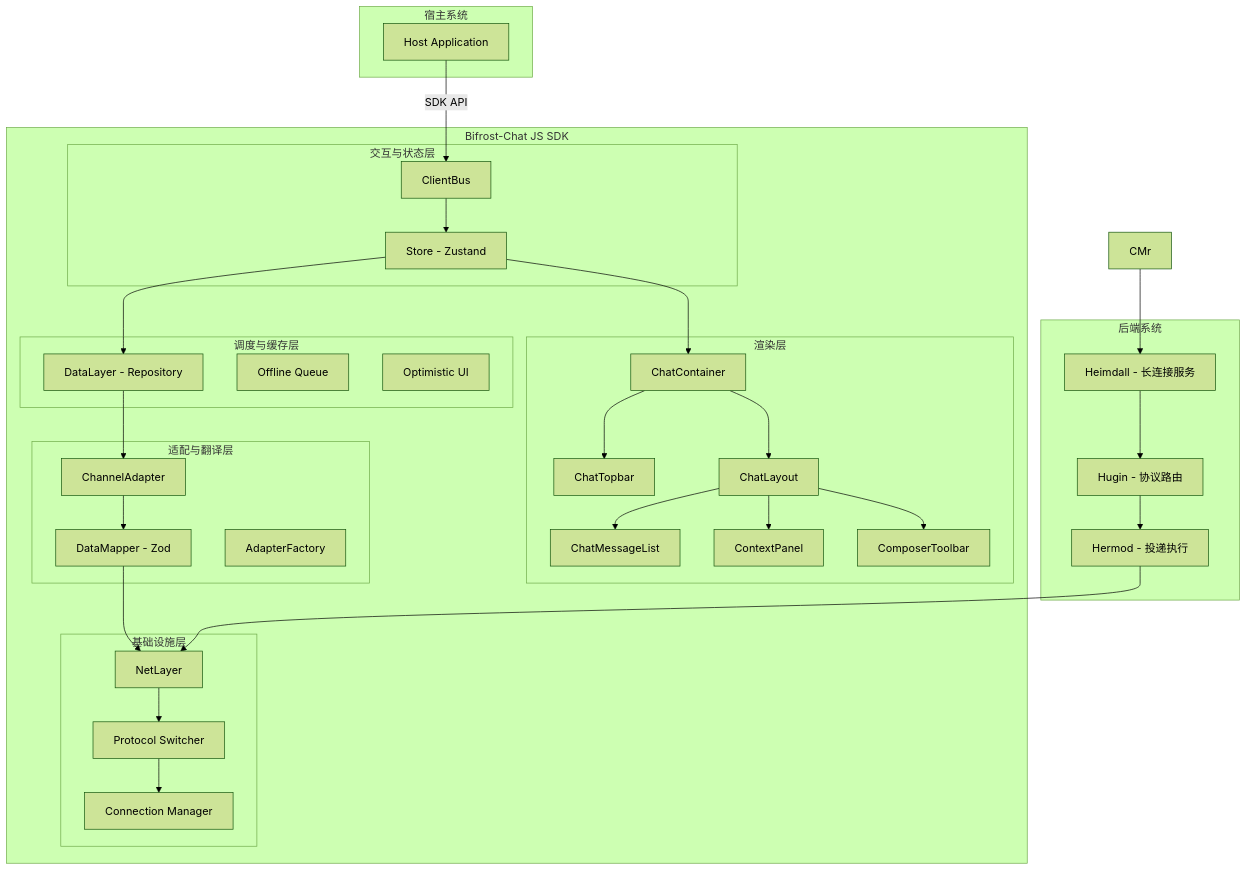
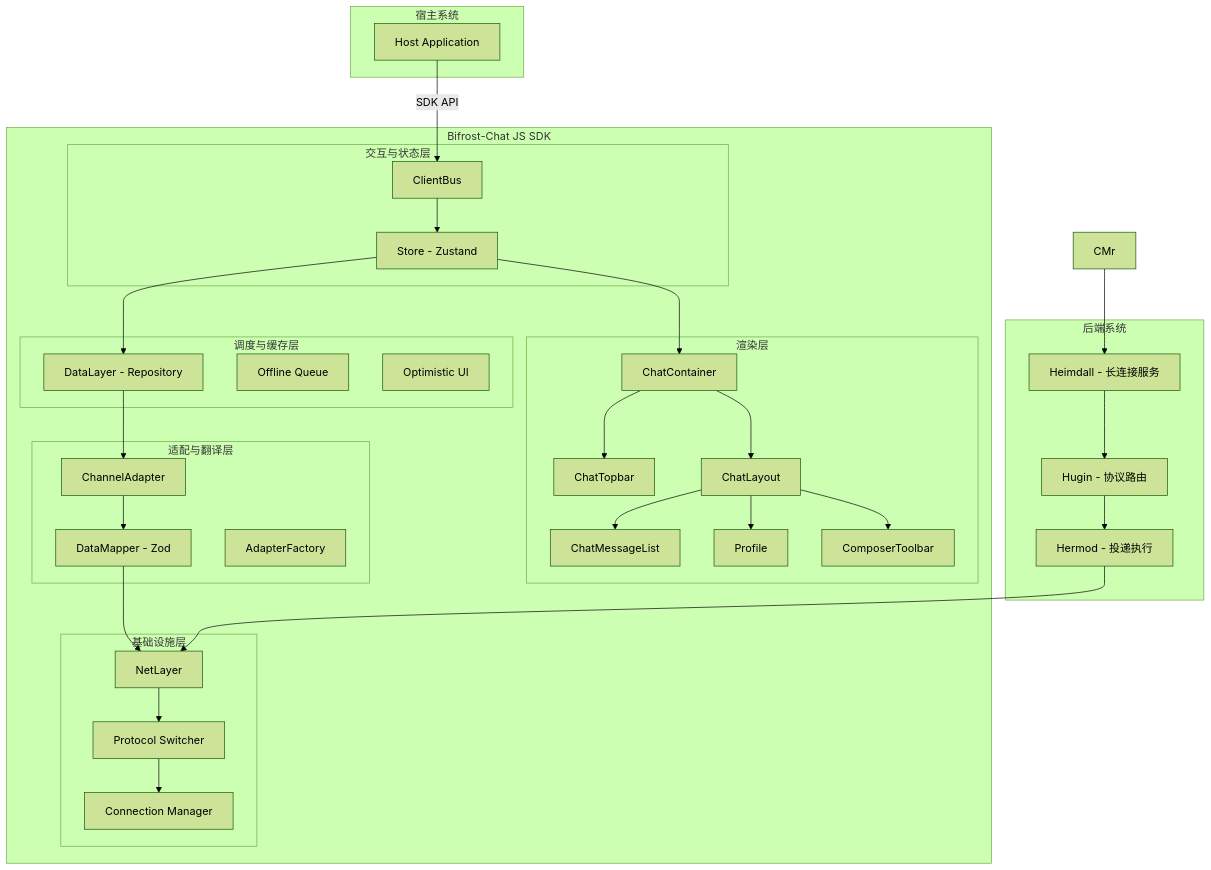
The first of 5 diagrams in docs/architecture-overview.md (givingwu/bifrost-chat), drawn with Mermaid (forest theme) before and after one commit. The commit also changed other lines of this file and 12 other files, not shown here.

First line of the commit message:
refactor: replace ContextPanel with Profile component in ChatContainer and DefaultChatLayout

````diff
--- a/docs/architecture-overview.md
+++ b/docs/architecture-overview.md
@@ -39,67 +39,67 @@
 ```mermaid
 graph TB
     subgraph Host[宿主系统]
         H[Host Application]
     end
 
     subgraph SDK[Bifrost-Chat JS SDK]
         subgraph Rendering[渲染层]
             CC[ChatContainer]
             CT[ChatTopbar]
             CL[ChatLayout]
             CM[ChatMessageList]
-            CP[ContextPanel]
+            CP[Profile]
             CS[ComposerToolbar]
         end
 
         subgraph Logic[交互与状态层]
             CB[ClientBus]
             ST[Store - Zustand]
         end
 
         subgraph DataLayer[调度与缓存层]
             DL[DataLayer - Repository]
             OQ[Offline Queue]
             OU[Optimistic UI]
         end
 
         subgraph Adapter[适配与翻译层]
             CA[ChannelAdapter]
             DM[DataMapper - Zod]
             AF[AdapterFactory]
         end
 
         subgraph Network[基础设施层]
             NL[NetLayer]
             PS[Protocol Switcher]
             CMgr[Connection Manager]
         end
     end
 
     subgraph Backend[后端系统]
         HE[Heimdall - 长连接服务]
         HU[Hugin - 协议路由]
         HM[Hermod - 投递执行]
     end
 
     H -->|SDK API| CB
     CB --> ST
     ST --> CC
     CC --> CT
     CC --> CL
     CL --> CM
     CL --> CP
     CL --> CS
 
     ST --> DL
     DL --> CA
     CA --> DM
     DM --> NL
     NL --> PS
     PS --> CMgr
 
     CMr --> HE
     HE --> HU
     HU --> HM
     HM --> NL
 ```
````
